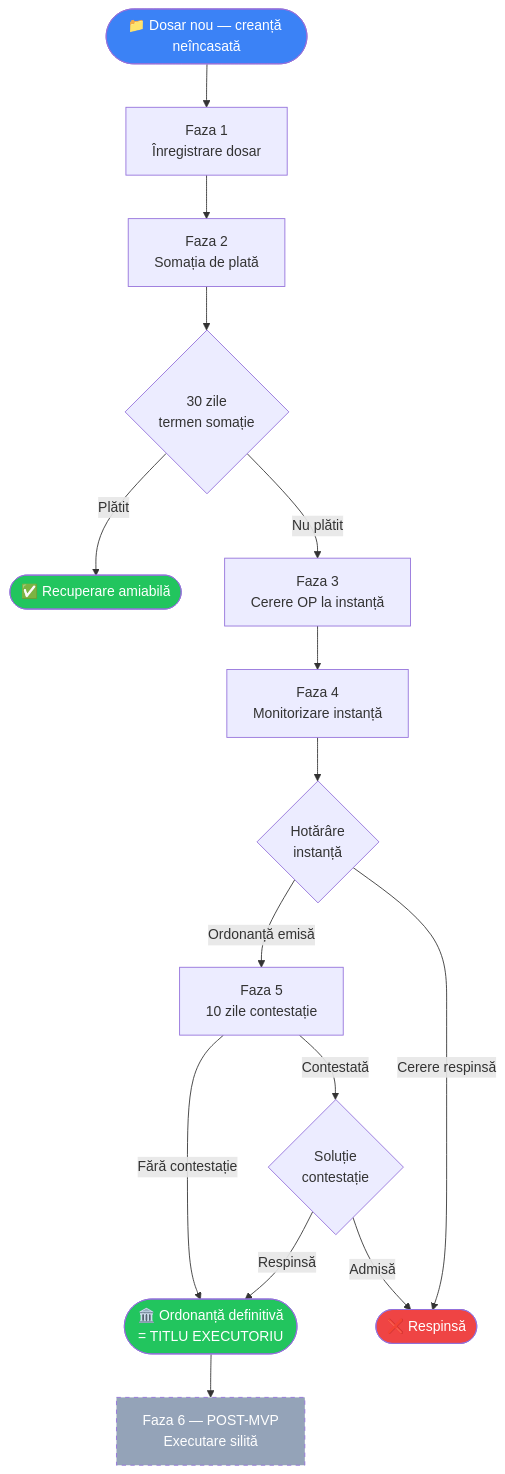
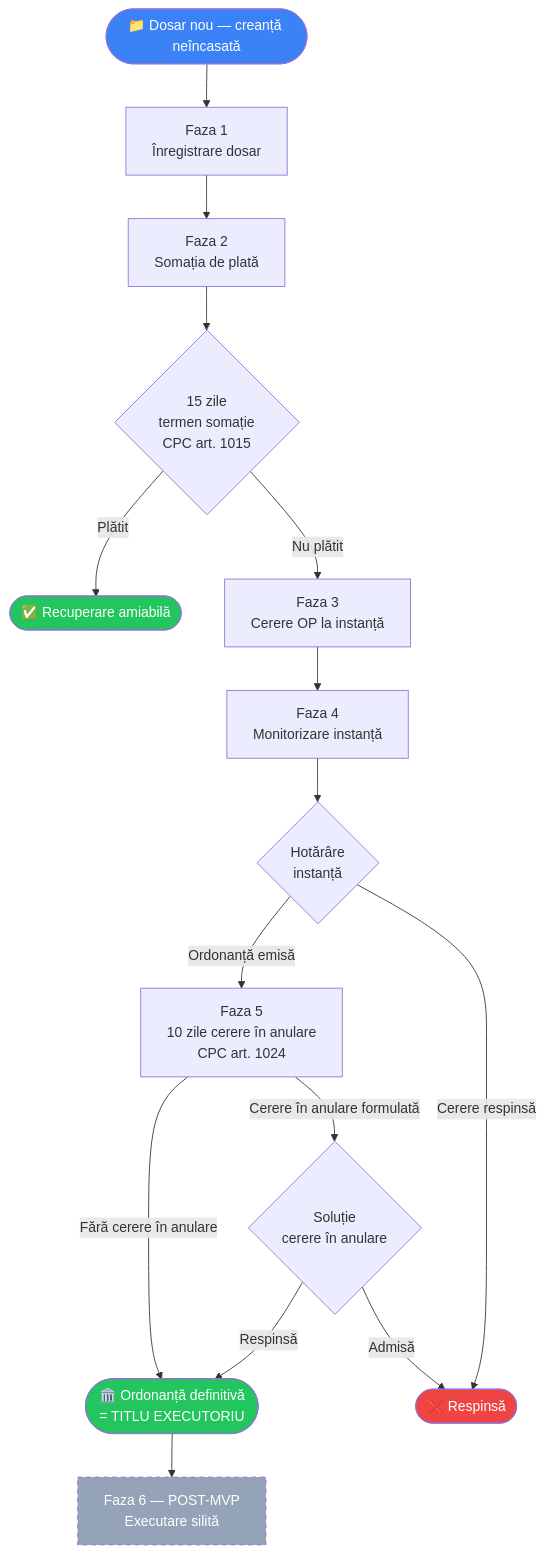
The first of 3 diagrams in docs/LexRecovery/ANALIZA-FLUXURI-LEXRECOVERY.md (alexcaciulan/symfony-mvp), drawn with Mermaid before and after one commit. The commit also changed other lines of this file and 1 other file, not shown here.

````diff
--- a/docs/LexRecovery/ANALIZA-FLUXURI-LEXRECOVERY.md
+++ b/docs/LexRecovery/ANALIZA-FLUXURI-LEXRECOVERY.md
@@ -70,24 +77,24 @@
 ```mermaid
 flowchart TD
     START([📁 Dosar nou — creanță neîncasată]) --> F1
     F1[Faza 1<br/>Înregistrare dosar] --> F2
-    F2[Faza 2<br/>Somația de plată] --> AUTO1{30 zile<br/>termen somație}
+    F2[Faza 2<br/>Somația de plată] --> AUTO1{15 zile<br/>termen somație<br/>CPC art. 1015}
     AUTO1 -->|Plătit| SUCCES1([✅ Recuperare amiabilă])
     AUTO1 -->|Nu plătit| F3
     F3[Faza 3<br/>Cerere OP la instanță] --> F4
     F4[Faza 4<br/>Monitorizare instanță] --> DEC{Hotărâre<br/>instanță}
     DEC -->|Ordonanță emisă| F5
     DEC -->|Cerere respinsă| TERM_RESP([❌ Respinsă])
-    F5[Faza 5<br/>10 zile contestație] -->|Fără contestație| DEFINITIV
-    F5 -->|Contestată| CONT{Soluție<br/>contestație}
+    F5[Faza 5<br/>10 zile cerere în anulare<br/>CPC art. 1024] -->|Fără cerere în anulare| DEFINITIV
+    F5 -->|Cerere în anulare formulată| CONT{Soluție<br/>cerere în anulare}
     CONT -->|Respinsă| DEFINITIV
     CONT -->|Admisă| TERM_RESP
     DEFINITIV([🏛️ Ordonanță definitivă<br/>= TITLU EXECUTORIU])
     DEFINITIV --> F6[Faza 6 — POST-MVP<br/>Executare silită]
 
     style START fill:#3b82f6,color:#fff
     style SUCCES1 fill:#22c55e,color:#fff
     style DEFINITIV fill:#22c55e,color:#fff
     style TERM_RESP fill:#ef4444,color:#fff
     style F6 fill:#94a3b8,color:#fff,stroke-dasharray: 5 5
 ```
````
